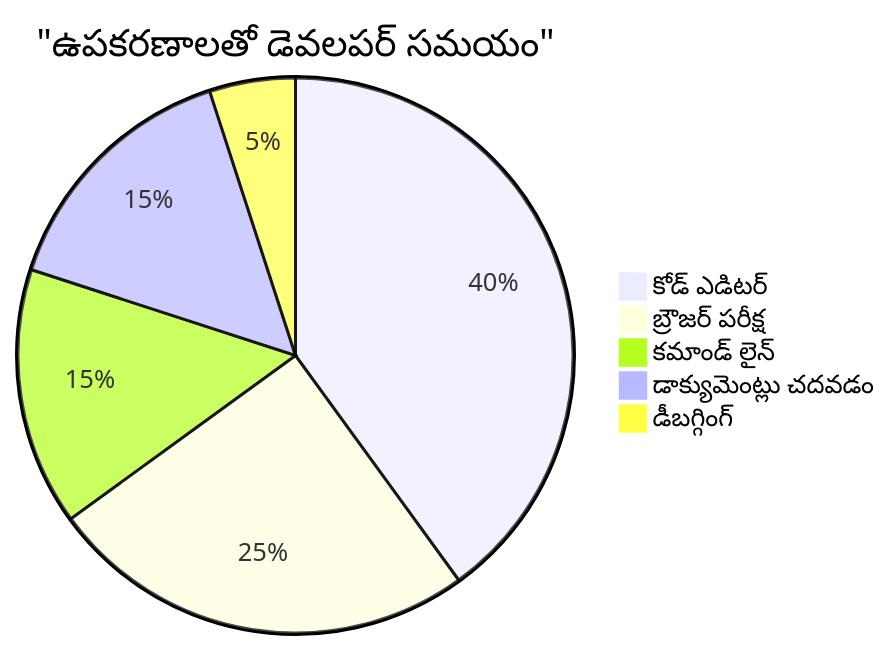
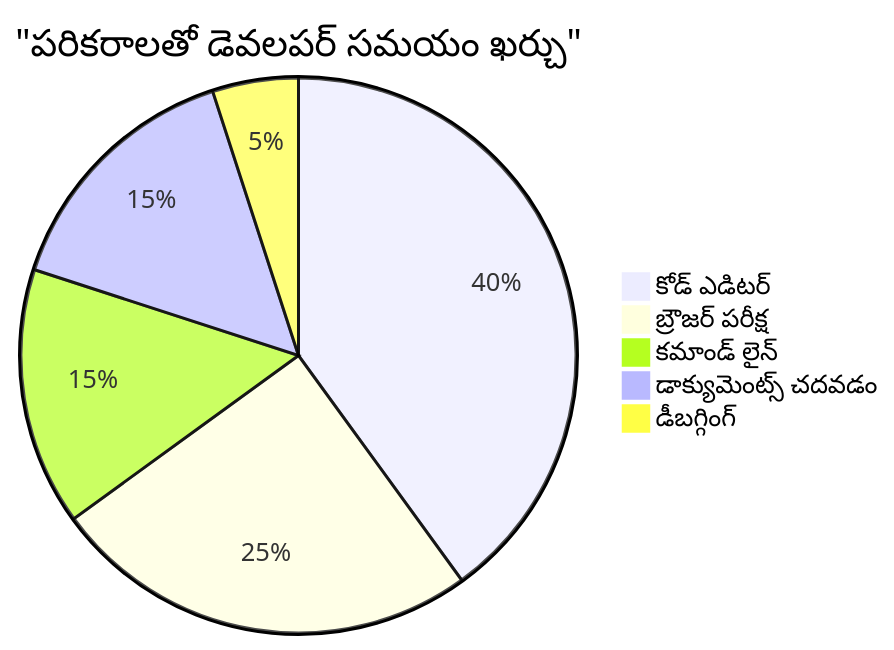
One commit to microsoft/Web-Dev-For-Beginners changed the sixth of 7 diagrams in translations/te/1-getting-started-lessons/1-intro-to-programming-languages/README.md. Above: the diagram before and after it, drawn with Mermaid. The commit also changed other lines of this file and 8 other files, not shown here.

````diff
--- a/translations/te/1-getting-started-lessons/1-intro-to-programming-languages/README.md
+++ b/translations/te/1-getting-started-lessons/1-intro-to-programming-languages/README.md
@@ -710,8 +711,8 @@
 ```mermaid
-pie title "ఉపకరణాలతో డెవలపర్ సమయం"
+pie title "పరికరాలతో డెవలపర్ సమయం ఖర్చు"
     "కోడ్ ఎడిటర్" : 40
     "బ్రౌజర్ పరీక్ష" : 25
     "కమాండ్ లైన్" : 15
-    "డాక్యుమెంట్లు చదవడం" : 15
+    "డాక్యుమెంట్స్ చదవడం" : 15
     "డీబగ్గింగ్" : 5
 ```  
````
